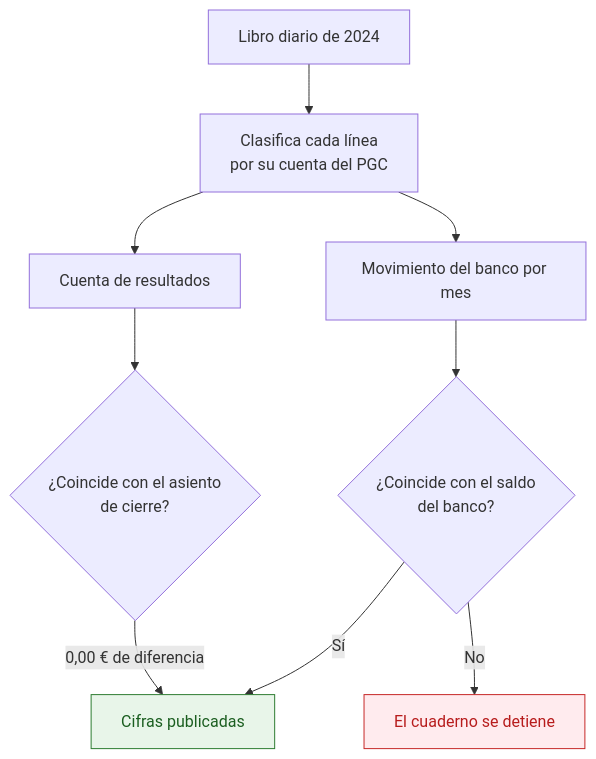
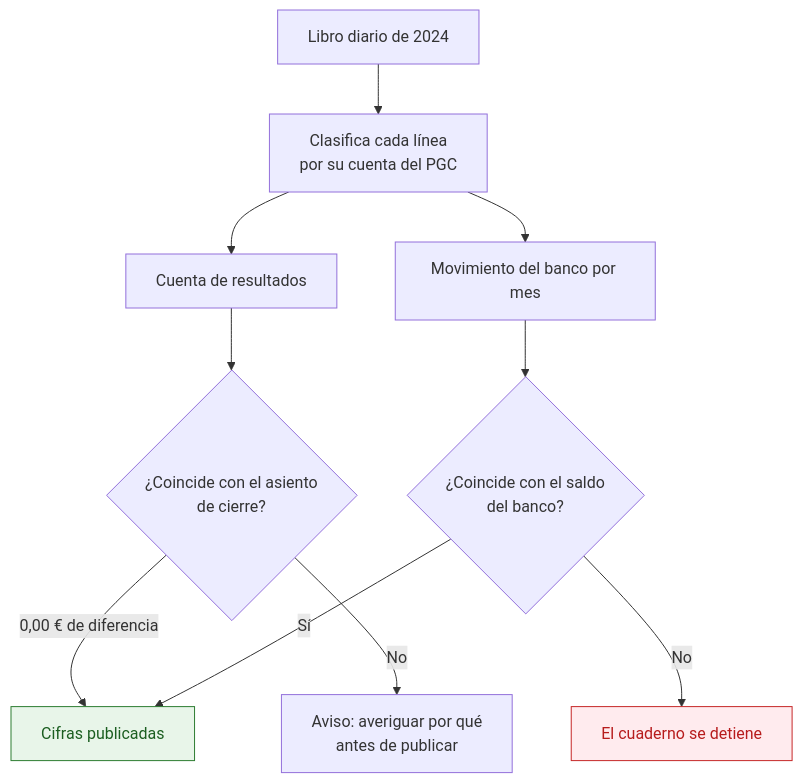
Before and after one commit to jleonceo/analisis-contable: the diagram in README.md, drawn with Mermaid. The commit also changed 1 other file, not shown here.

Commit message:
Esquema: se dibuja qué pasa si el resultado no coincide con el cierre
La pregunta solo tenía la salida del sí. Si no coincide, el cuaderno avisa
y pide averiguar por qué antes de publicar.

````diff
--- a/README.md
+++ b/README.md
@@ -34,13 +34,14 @@
 ```mermaid
 flowchart TD
     D[Libro diario de 2024] --> C[Clasifica cada línea<br/>por su cuenta del PGC]
     C --> P[Cuenta de resultados]
     C --> B[Movimiento del banco por mes]
     P --> V1{¿Coincide con el asiento<br/>de cierre?}
     B --> V2{¿Coincide con el saldo<br/>del banco?}
     V1 -->|0,00 € de diferencia| OK[Cifras publicadas]
+    V1 -->|No| AV[Aviso: averiguar por qué<br/>antes de publicar]
     V2 -->|Sí| OK
     V2 -->|No| STOP[El cuaderno se detiene]
     style OK fill:#e8f5e9,stroke:#2e7d32,color:#1b5e20
     style STOP fill:#ffebee,stroke:#c62828,color:#b71c1c
 ```
````
